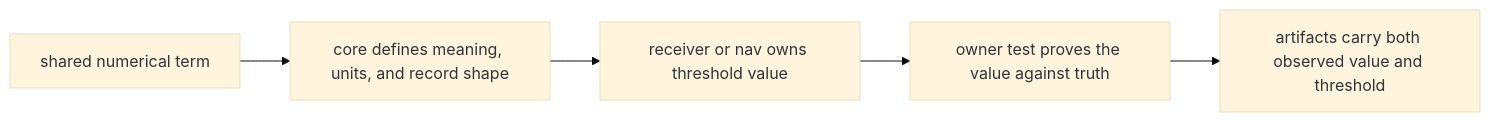
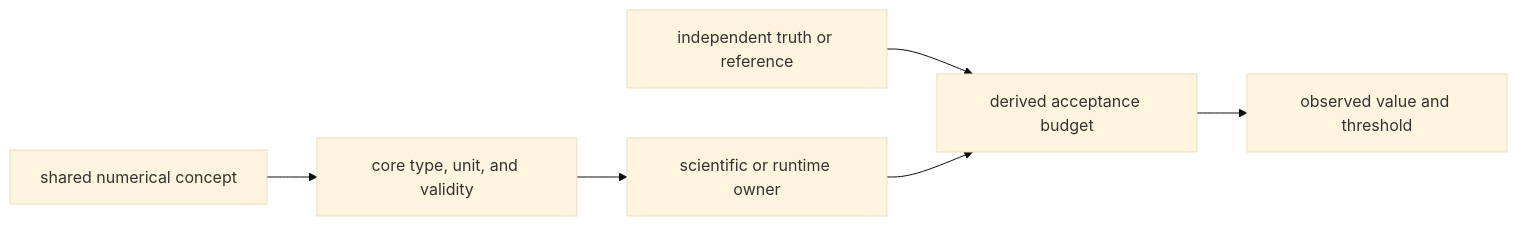
The first of 2 diagrams in docs/02-bijux-gnss-core/quality/numerical-budgets.md (bijux/bijux-telecom), drawn with Mermaid (base theme) before and after one commit. The commit also changed other lines of this file and 1 other file, not shown here.

Commit message:
docs(core): define numerical evidence standards

````diff
--- a/docs/02-bijux-gnss-core/quality/numerical-budgets.md
+++ b/docs/02-bijux-gnss-core/quality/numerical-budgets.md
@@ -17,10 +19,13 @@
 ```mermaid
 flowchart LR
-    term["shared numerical term"]
-    core["core defines meaning, units, and record shape"]
-    owner["receiver or nav owns threshold value"]
-    proof["owner test proves the value against truth"]
-    artifact["artifacts carry both observed value and threshold"]
+    concept["shared numerical concept"]
+    core["core type, unit, and validity"]
+    owner["scientific or runtime owner"]
+    truth["independent truth or reference"]
+    budget["derived acceptance budget"]
+    evidence["observed value and threshold"]
 
-    term --> core --> owner --> proof --> artifact
+    concept --> core --> owner
+    truth --> budget
+    owner --> budget --> evidence
 ```
````
